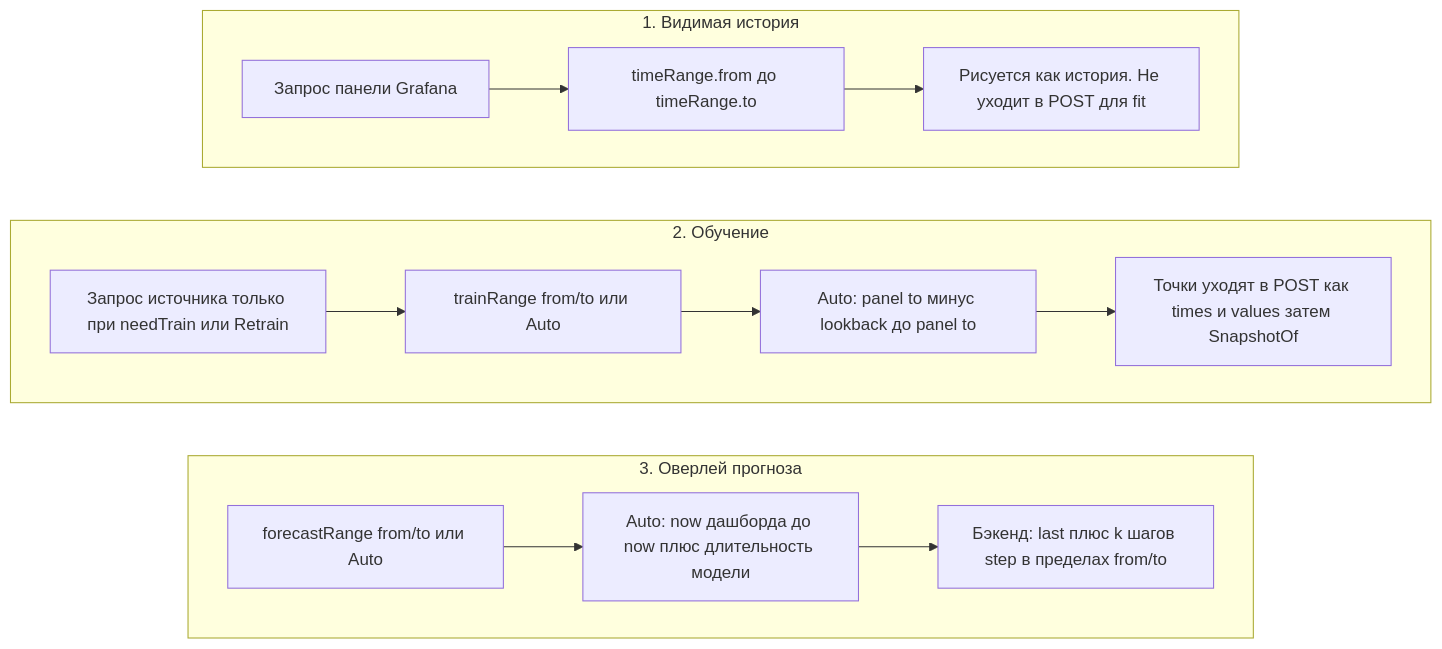
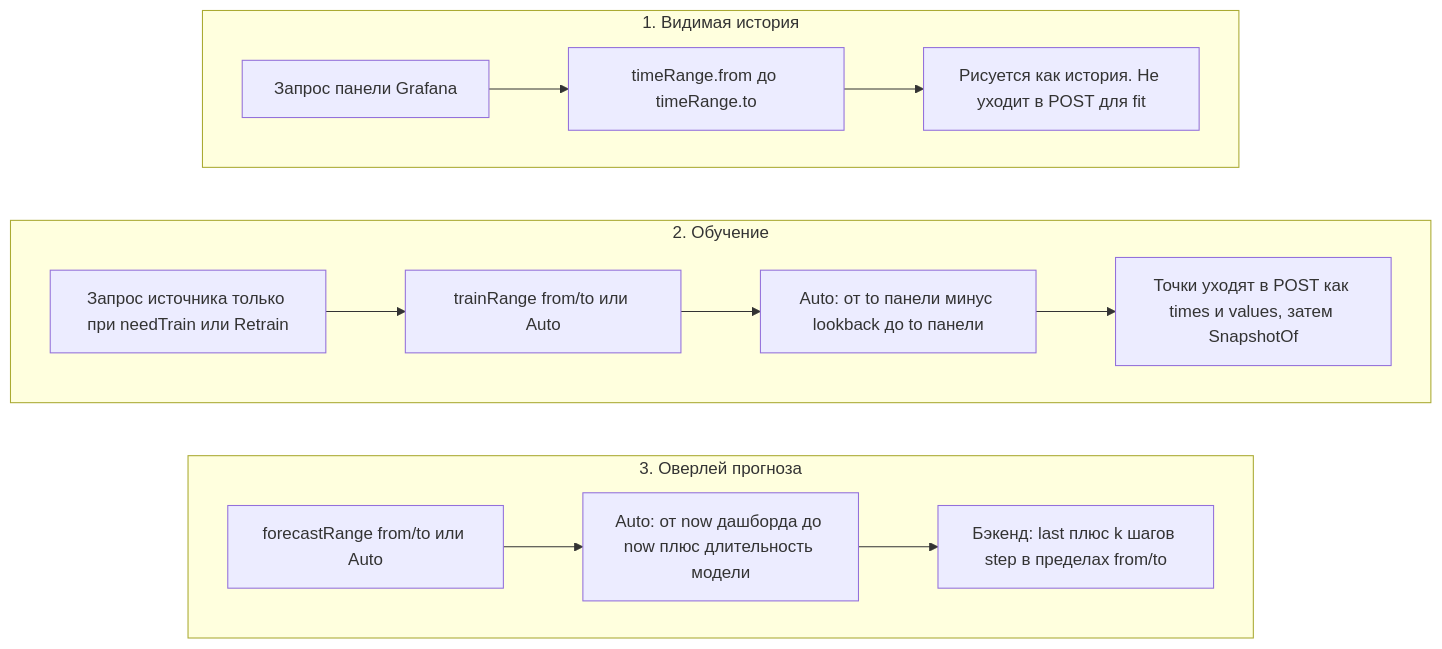
The diagram in diagrams/04-three-clocks.md (eduard-kolotushin/timeseries-grafana), drawn with Mermaid before and after one commit. The commit also changed other lines of this file and 14 other files, not shown here.

Commit message:
Update diagrams

````diff
--- a/diagrams/04-three-clocks.md
+++ b/diagrams/04-three-clocks.md
@@ -7,21 +7,21 @@
 ```mermaid
 flowchart TB
   subgraph visible["1. Видимая история"]
     VQ["Запрос панели Grafana"] --> VR["timeRange.from до timeRange.to"]
     VR --> VD["Рисуется как история. Не уходит в POST для fit"]
   end
 
   subgraph train["2. Обучение"]
     TQ["Запрос источника только при needTrain или Retrain"] --> TR["trainRange from/to или Auto"]
-    TR --> TA["Auto: panel to минус lookback до panel to"]
-    TA --> TP["Точки уходят в POST как times и values затем SnapshotOf"]
+    TR --> TA["Auto: от to панели минус lookback до to панели"]
+    TA --> TP["Точки уходят в POST как times и values, затем SnapshotOf"]
   end
 
   subgraph fcst["3. Оверлей прогноза"]
-    FR["forecastRange from/to или Auto"] --> FA["Auto: now дашборда до now плюс длительность модели"]
+    FR["forecastRange from/to или Auto"] --> FA["Auto: от now дашборда до now плюс длительность модели"]
     FA --> FG["Бэкенд: last плюс k шагов step в пределах from/to"]
   end
 
   visible ~~~ train
   train ~~~ fcst
 ```
````
